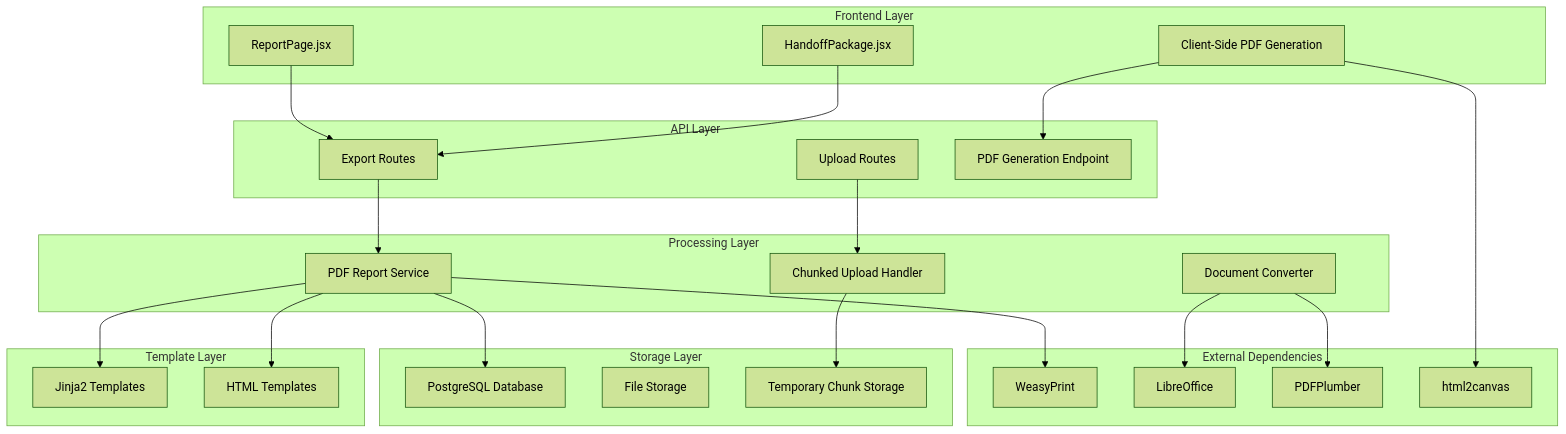
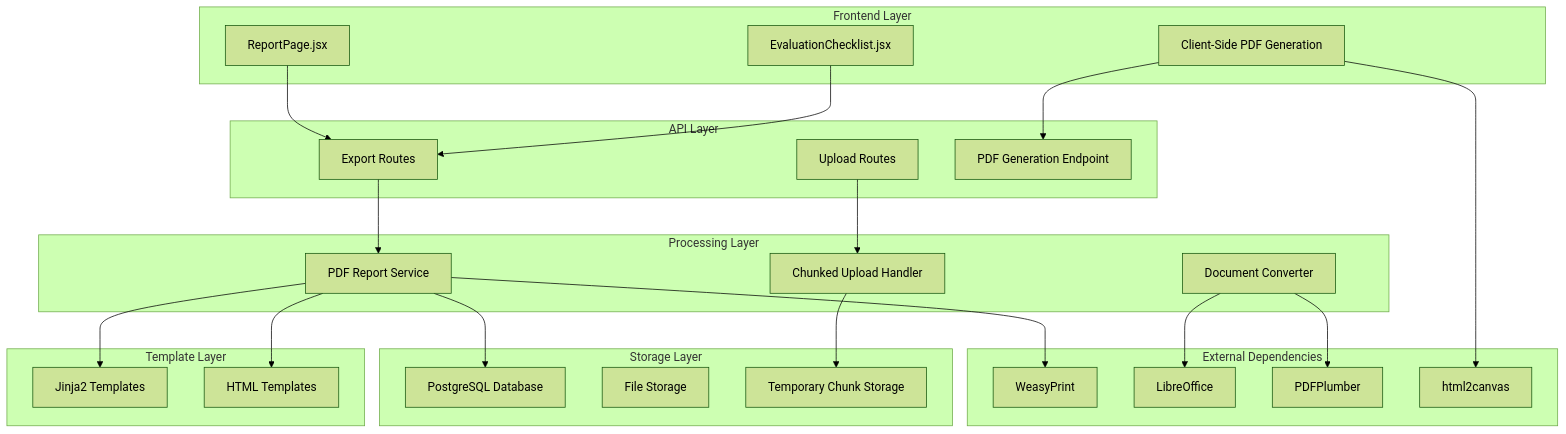
Before and after one commit to Revanththetalogics/aireume: the first of 11 diagrams in .qoder/repowiki/en/content/Reporting & Analytics/PDF Reporting and Document Processing.md, drawn with Mermaid (forest theme). The commit also changed other lines of this file and 61 other files, not shown here.

````diff
--- a/.qoder/repowiki/en/content/Reporting & Analytics/PDF Reporting and Document Processing.md
+++ b/.qoder/repowiki/en/content/Reporting & Analytics/PDF Reporting and Document Processing.md
@@ -42,46 +52,46 @@
 ```mermaid
 graph TB
 subgraph "Frontend Layer"
 FE1[ReportPage.jsx]
-FE2[HandoffPackage.jsx]
+FE2[EvaluationChecklist.jsx]
 FE3[Client-Side PDF Generation]
 end
 subgraph "API Layer"
 API1[Export Routes]
 API2[Upload Routes]
 API3[PDF Generation Endpoint]
 end
 subgraph "Processing Layer"
 PROC1[PDF Report Service]
 PROC2[Document Converter]
 PROC3[Chunked Upload Handler]
 end
 subgraph "Template Layer"
 TPL1[Jinja2 Templates]
 TPL2[HTML Templates]
 end
 subgraph "Storage Layer"
 ST1[PostgreSQL Database]
 ST2[File Storage]
 ST3[Temporary Chunk Storage]
 end
 subgraph "External Dependencies"
 EXT1[WeasyPrint]
 EXT2[LibreOffice]
 EXT3[PDFPlumber]
 EXT4[html2canvas]
 end
 FE1 --> API1
 FE2 --> API1
 FE3 --> API3
 API1 --> PROC1
 API2 --> PROC3
 PROC1 --> TPL1
 PROC1 --> TPL2
 PROC2 --> EXT2
 PROC1 --> EXT1
 PROC3 --> ST3
 PROC1 --> ST1
 PROC2 --> EXT3
 FE3 --> EXT4
 ```
````
